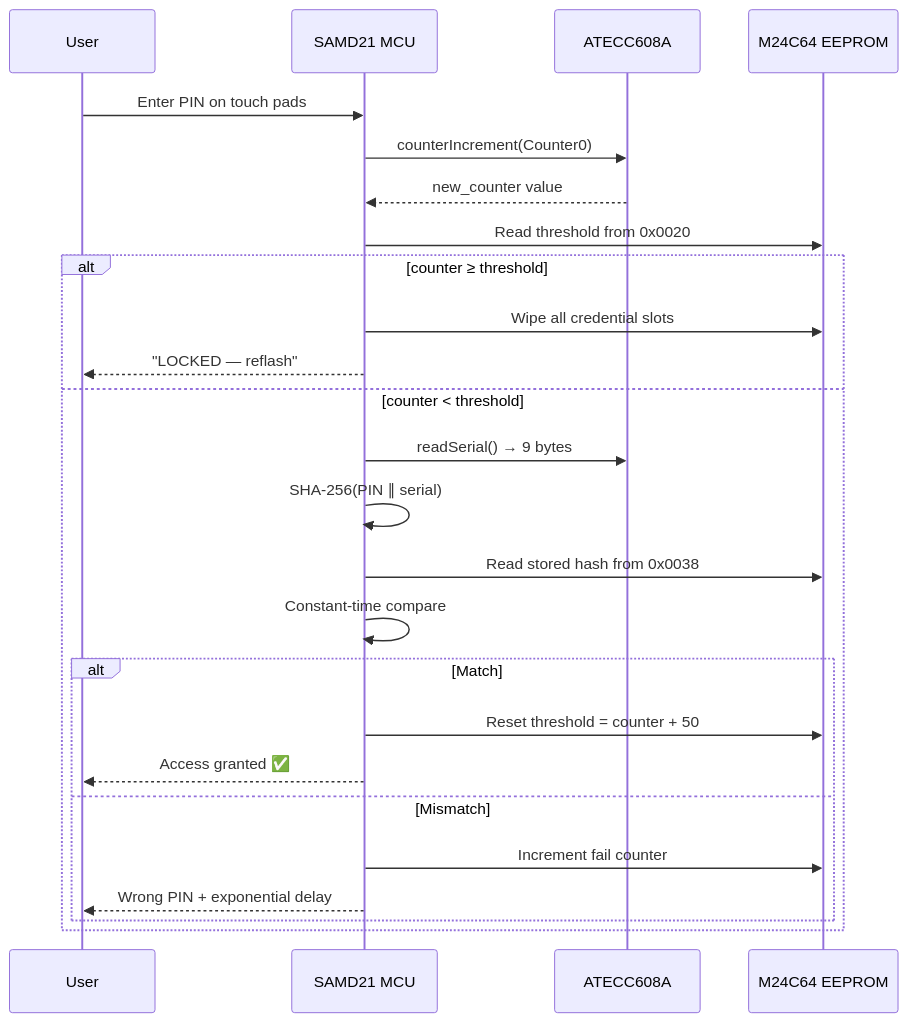
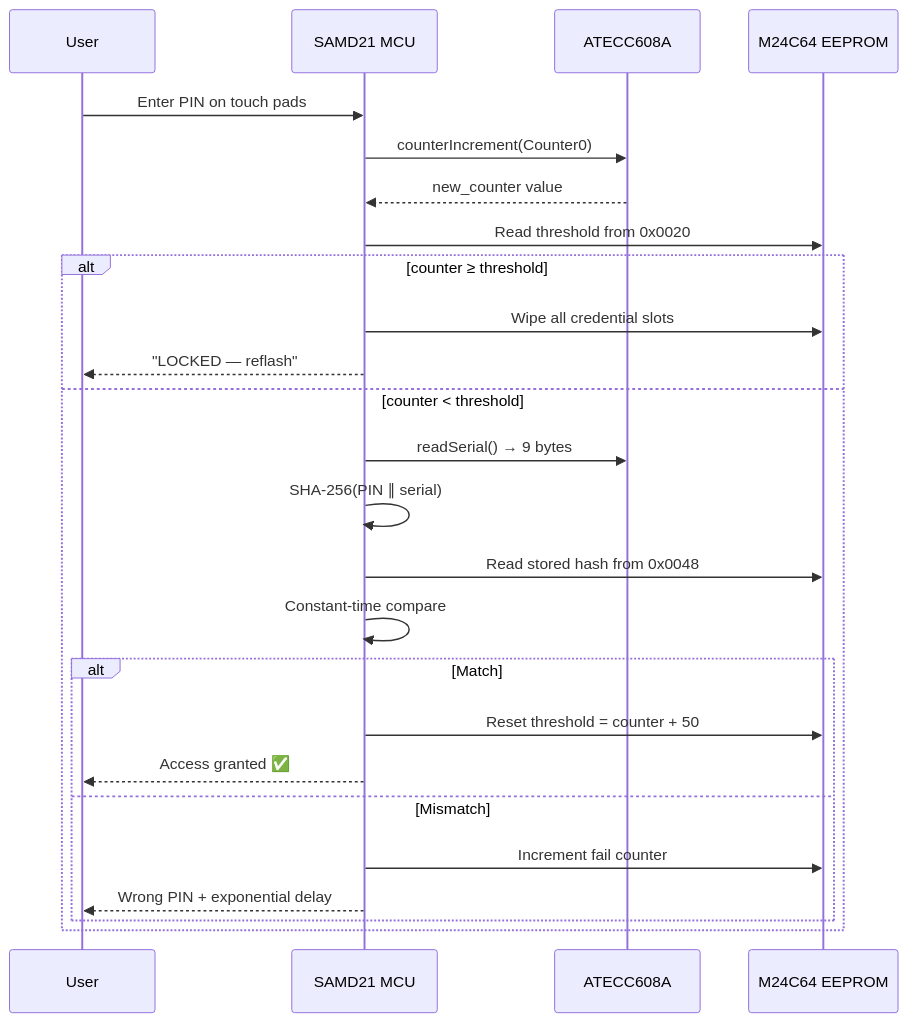
The third of 3 diagrams in quickstart.mdx (Depbit-lab/docsZerokeyUSB), drawn with Mermaid before and after one commit. The commit also changed other lines of this file and 41 other files, not shown here.

````diff
--- a/quickstart.mdx
+++ b/quickstart.mdx
@@ -163,29 +163,29 @@
 ```mermaid
 sequenceDiagram
     participant User
     participant MCU as SAMD21 MCU
     participant ATECC as ATECC608A
     participant EEPROM as M24C64 EEPROM
 
     User->>MCU: Enter PIN on touch pads
     MCU->>ATECC: counterIncrement(Counter0)
     ATECC-->>MCU: new_counter value
     MCU->>EEPROM: Read threshold from 0x0020
     
     alt counter ≥ threshold
         MCU->>EEPROM: Wipe all credential slots
         MCU-->>User: "LOCKED — reflash"
     else counter < threshold
         MCU->>ATECC: readSerial() → 9 bytes
         MCU->>MCU: SHA-256(PIN ∥ serial)
-        MCU->>EEPROM: Read stored hash from 0x0038
+        MCU->>EEPROM: Read stored hash from 0x0048
         MCU->>MCU: Constant-time compare
         alt Match
             MCU->>EEPROM: Reset threshold = counter + 50
             MCU-->>User: Access granted ✅
         else Mismatch
             MCU->>EEPROM: Increment fail counter
             MCU-->>User: Wrong PIN + exponential delay
         end
     end
 ```
````
